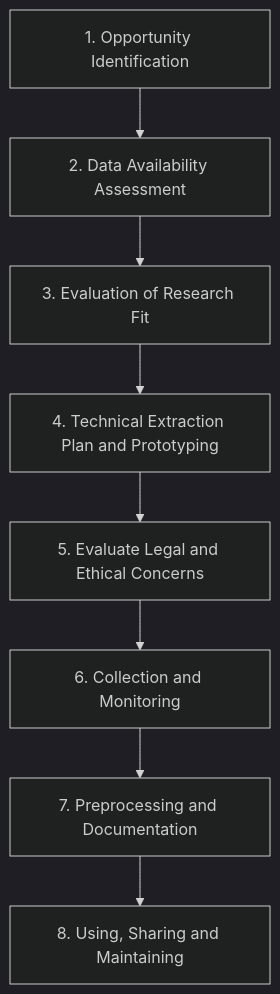
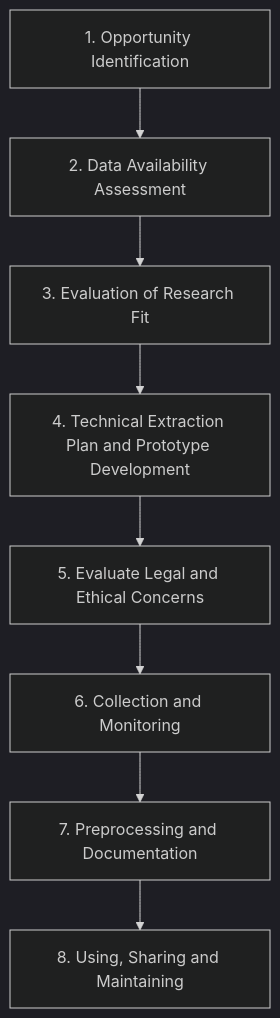
One commit to hannesdatta/course-odcm changed the diagram in content/docs/workflow/_index.md. Above: the diagram before and after it, drawn with Mermaid (dark theme). The commit also changed 2 other files, not shown here.

Commit message:
work on data extraction plan

```diff
--- a/content/docs/workflow/_index.md
+++ b/content/docs/workflow/_index.md
@@ -23,13 +23,13 @@
 {{< mermaid class="text-left">}}
 
 graph TD
     A[1. Opportunity Identification] --> B
     B[2. Data Availability Assessment] --> C
     C[3. Evaluation of Research Fit] --> D
-    D[4. Technical Extraction Plan and Prototyping] --> E
+    D[4. Technical Extraction Plan and Prototype Development] --> E
     E[5. Evaluate Legal and Ethical Concerns] --> F
     F[6. Collection and Monitoring] --> G
     G[7. Preprocessing and Documentation] --> H
     H[8. Using, Sharing and Maintaining]
 
 {{< /mermaid>}}
```
